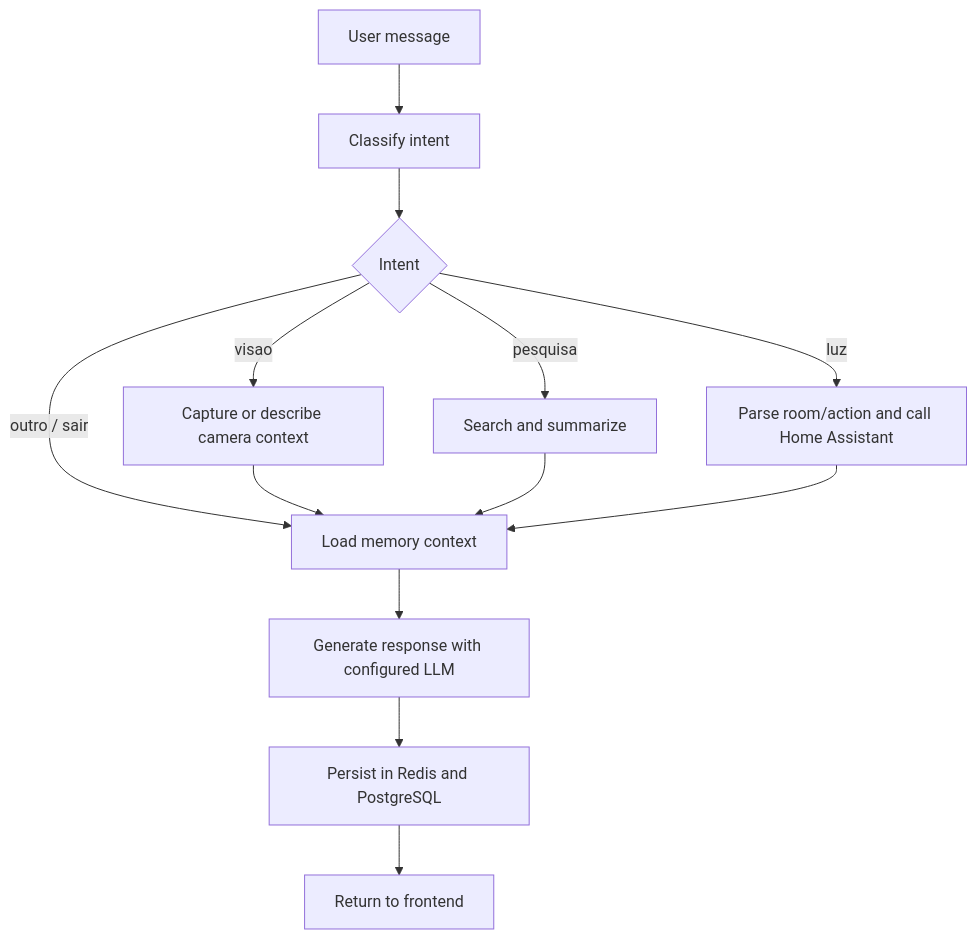
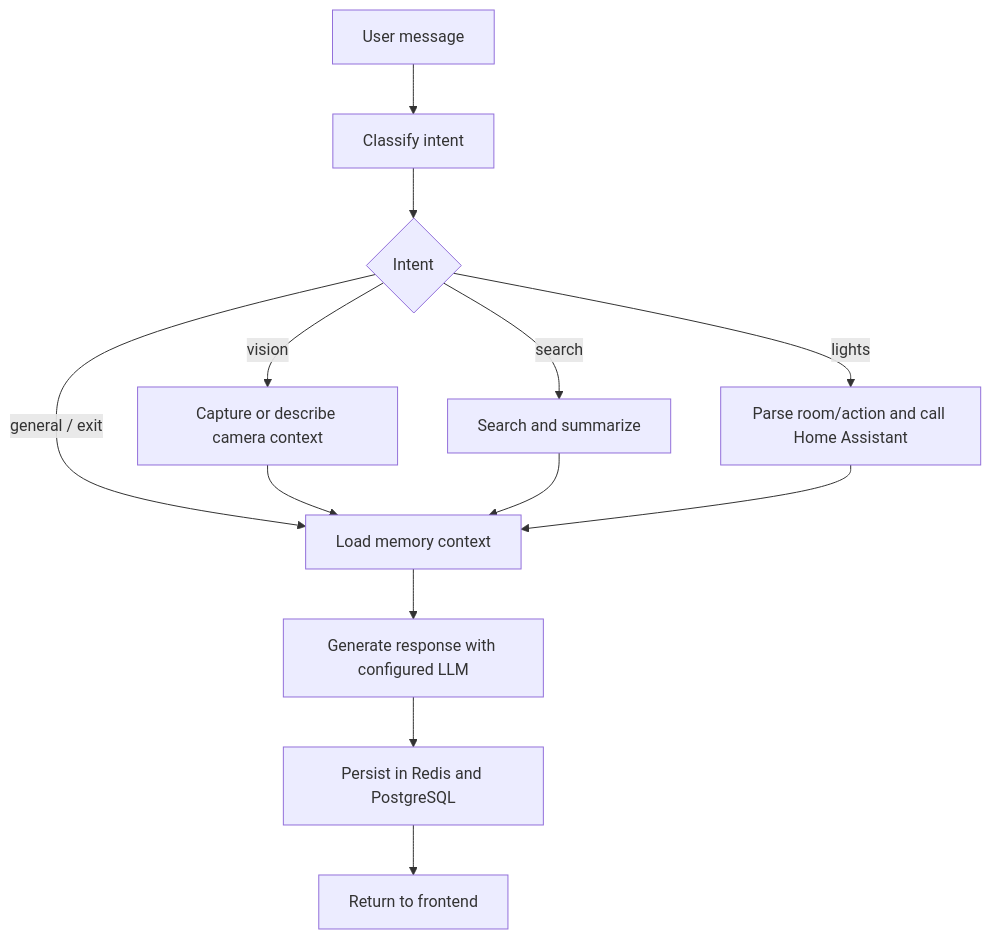
The second of 4 diagrams in README.md (nielsencastelo/DomusMind), drawn with Mermaid before and after one commit. The commit also changed other lines of this file and 1 other file, not shown here.

````diff
--- a/README.md
+++ b/README.md
@@ -48,15 +48,15 @@
 ```mermaid
 flowchart TD
   start["User message"] --> intent["Classify intent"]
   intent --> route{"Intent"}
-  route -->|visao| camera["Capture or describe camera context"]
-  route -->|pesquisa| search["Search and summarize"]
-  route -->|luz| ha["Parse room/action and call Home Assistant"]
-  route -->|outro / sair| memory["Load memory context"]
+  route -->|vision| camera["Capture or describe camera context"]
+  route -->|search| search["Search and summarize"]
+  route -->|lights| ha["Parse room/action and call Home Assistant"]
+  route -->|general / exit| memory["Load memory context"]
   camera --> memory
   search --> memory
   ha --> memory
   memory --> answer["Generate response with configured LLM"]
   answer --> persist["Persist in Redis and PostgreSQL"]
   persist --> done["Return to frontend"]
 ```
````
